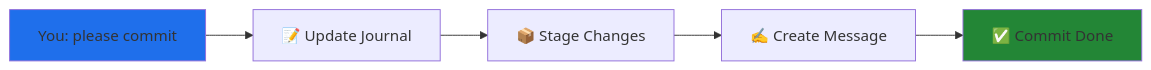
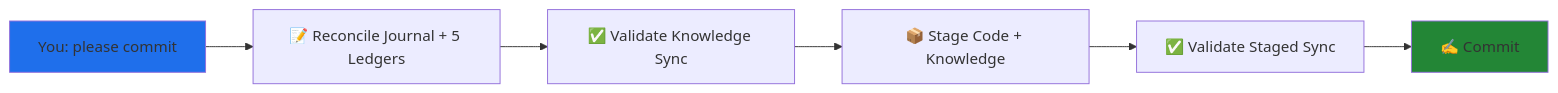
The fifth of 7 diagrams in README.md (hassanvfx/clineflow), drawn with Mermaid before and after one commit. The commit also changed other lines of this file and 28 other files, not shown here.

````diff
--- a/README.md
+++ b/README.md
@@ -451,9 +453,10 @@
 ```mermaid
 graph LR
-    A[You: please commit] --> B[📝 Update Journal]
-    B --> C[📦 Stage Changes]
-    C --> D[✍️ Create Message]
-    D --> E[✅ Commit Done]
+    A[You: please commit] --> B[📝 Reconcile Journal + 5 Ledgers]
+    B --> C[✅ Validate Knowledge Sync]
+    C --> D[📦 Stage Code + Knowledge]
+    D --> E[✅ Validate Staged Sync]
+    E --> F[✍️ Commit]
     style A fill:#1f6feb
-    style E fill:#238636
+    style F fill:#238636
 ```
````
